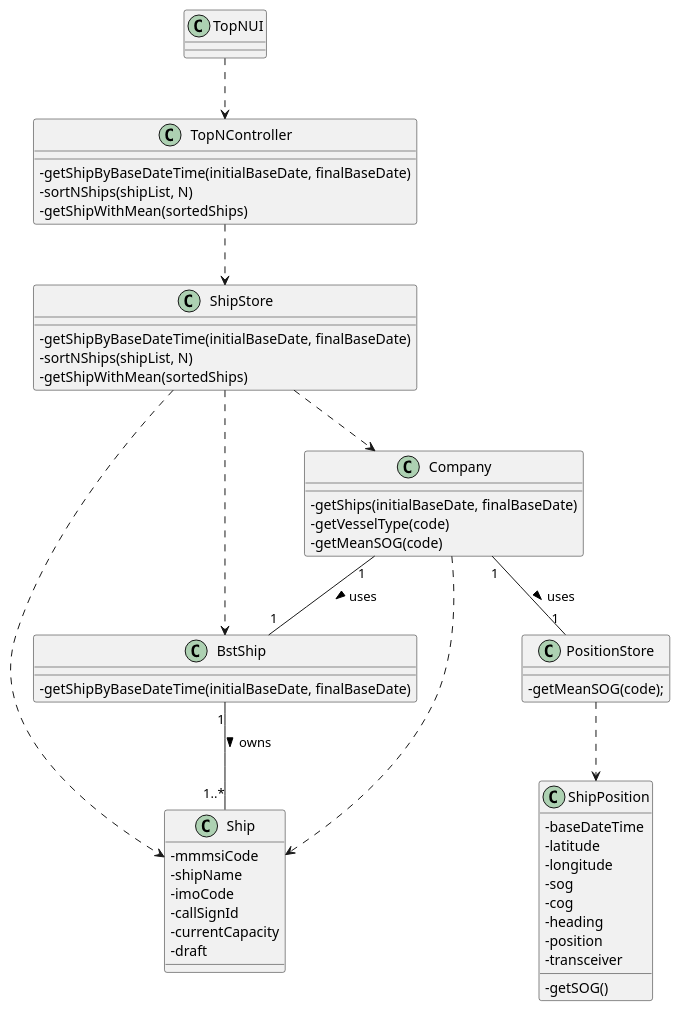
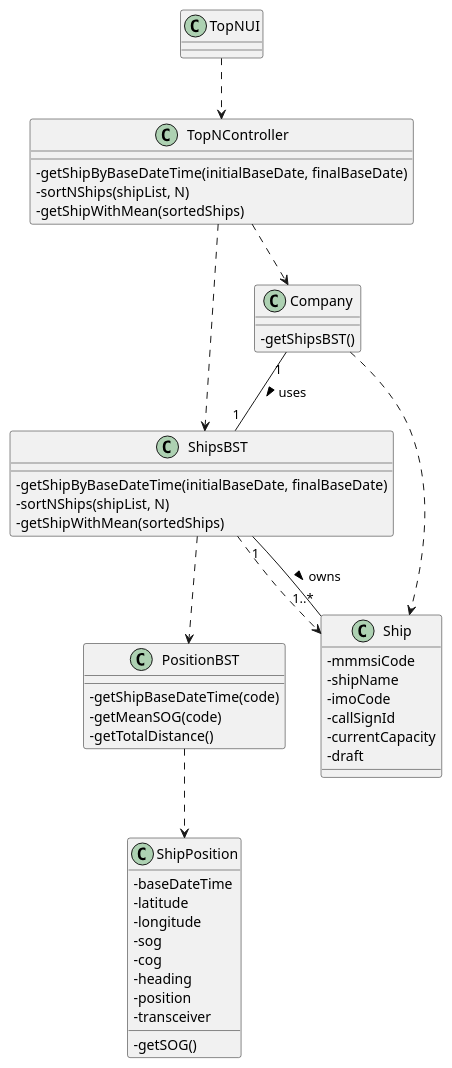
The diagram in docs/US106/US106_CD.puml (ana-albergaria/LAPR3-ISEP), drawn with PlantUML before and after one commit. The commit also changed 7 other files, not shown here.

```diff
--- a/docs/US106/US106_CD.puml
+++ b/docs/US106/US106_CD.puml
@@ -1,66 +1,63 @@
 @startuml
 
 skinparam classAttributeIconSize 0
 
 
 class Ship {
     -mmmsiCode
     -shipName
     -imoCode
     -callSignId
     -currentCapacity /'added by us'/
     -draft
 }
 
 class ShipPosition {
     -baseDateTime
     -latitude
     -longitude
     -sog
     -cog
     -heading
     -position
     -transceiver
     -getSOG()
 }
 
-class BstShip {
-    -getShipByBaseDateTime(initialBaseDate, finalBaseDate)
-}
+
 class TopNUI {}
 
 class TopNController {
     -getShipByBaseDateTime(initialBaseDate, finalBaseDate)
     -sortNShips(shipList, N)
     -getShipWithMean(sortedShips)
 }
 
-class ShipStore{
+class ShipsBST{
     -getShipByBaseDateTime(initialBaseDate, finalBaseDate)
     -sortNShips(shipList, N)
     -getShipWithMean(sortedShips)
 }
 
-class PositionStore{
-    -getMeanSOG(code);
+class PositionBST{
+    -getShipBaseDateTime(code)
+    -getMeanSOG(code)
+    -getTotalDistance()
 }
 class Company {
-    -getShips(initialBaseDate, finalBaseDate)
-    -getVesselType(code)
-    -getMeanSOG(code)
+    -getShipsBST()
 }
 
 
-Company "1" -- "1" BstShip : uses >
-Company "1" -- "1" PositionStore : uses >
-BstShip "1" -- "1..*" Ship : owns >
+Company "1" -- "1" ShipsBST : uses >
+ShipsBST ..> PositionBST
+ShipsBST "1" -- "1..*" Ship : owns >
 TopNUI ..> TopNController
-TopNController ..> ShipStore
-ShipStore ..> Company
-ShipStore ..> BstShip
-ShipStore ..> Ship
-PositionStore ..> ShipPosition
+TopNController ..> ShipsBST
+TopNController ..> Company
+ShipsBST ..> Ship
+PositionBST ..> ShipPosition
 Company ..> Ship
 
 
 @enduml
```
